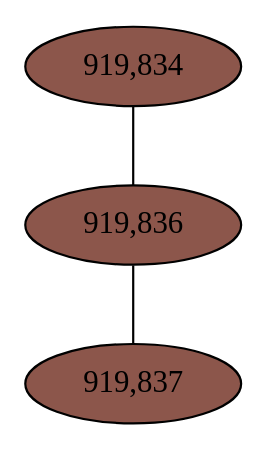
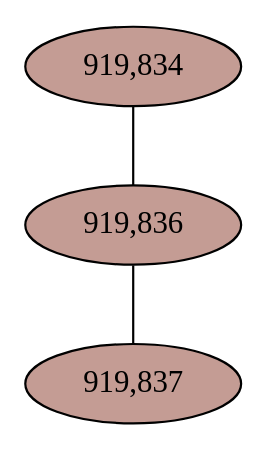
One commit to fedarko/sheepgut changed the diagram in notebooks/graphs/CAMP_cc6.gv. Above: the diagram before and after it, drawn with Graphviz. The commit also changed 48 other files, not shown here.

```diff
--- a/notebooks/graphs/CAMP_cc6.gv
+++ b/notebooks/graphs/CAMP_cc6.gv
@@ -1,9 +1,9 @@
 graph CAMP_cc6 {
 	overlap="prism50";
 	outputorder="edgesfirst";
-	"919,834" [style="filled", fillcolor="#8c564b", fontcolor="#000000"];
-	"919,836" [style="filled", fillcolor="#8c564b", fontcolor="#000000"];
-	"919,837" [style="filled", fillcolor="#8c564b", fontcolor="#000000"];
+	"919,834" [style="filled", fillcolor="#c49c94", fontcolor="#000000"];
+	"919,836" [style="filled", fillcolor="#c49c94", fontcolor="#000000"];
+	"919,837" [style="filled", fillcolor="#c49c94", fontcolor="#000000"];
 	"919,834" -- "919,836";
 	"919,836" -- "919,837";
 }
```
